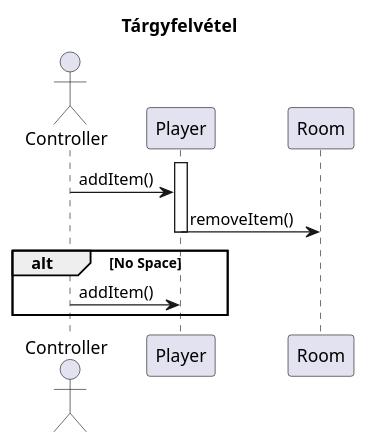
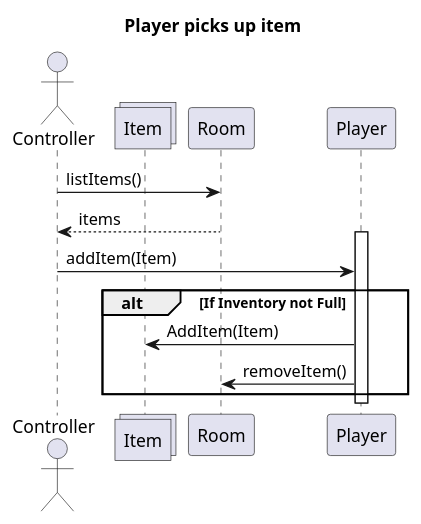
Before and after one commit to MBakter/echo: the diagram in targyfelvetel.plantuml, drawn with PlantUML. The commit also changed 11 other files, not shown here.

```diff
--- a/targyfelvetel.plantuml
+++ b/targyfelvetel.plantuml
@@ -1,15 +1,18 @@
 @startuml
-title Tárgyfelvétel
+title Player picks up item
 
 actor Controller as c
+collections Item
+
+c -> Room : listItems()
+Room --> c : items
 
 Activate Player
-c -> Player : addItem()
+c -> Player : addItem(Item)
+Alt If Inventory not Full
+Player -> Item : AddItem(Item)
 Player -> Room : removeItem()
+end
 Deactivate Player
-
-alt No Space
-c -> Player : addItem()
-end
     
 @enduml
```
